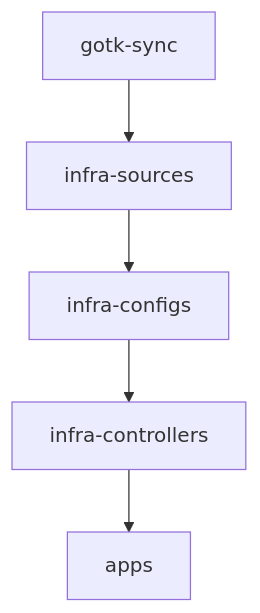
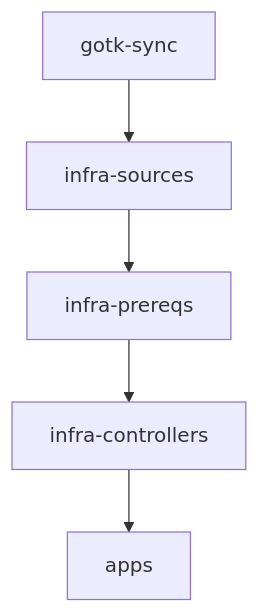
The diagram in AGENTS.md (damoun/fleet-infra), drawn with Mermaid before and after one commit. The commit also changed other lines of this file, not shown here.

Commit message:
docs: point AGENTS.md at infra-prereqs

````diff
--- a/AGENTS.md
+++ b/AGENTS.md
@@ -130,7 +130,7 @@
 ```mermaid
 flowchart TD
     Sync[gotk-sync] --> Sources[infra-sources]
-    Sources --> Configs[infra-configs]
-    Configs --> Controllers[infra-controllers]
+    Sources --> Prereqs[infra-prereqs]
+    Prereqs --> Controllers[infra-controllers]
     Controllers --> Apps[apps]
 ```
````
